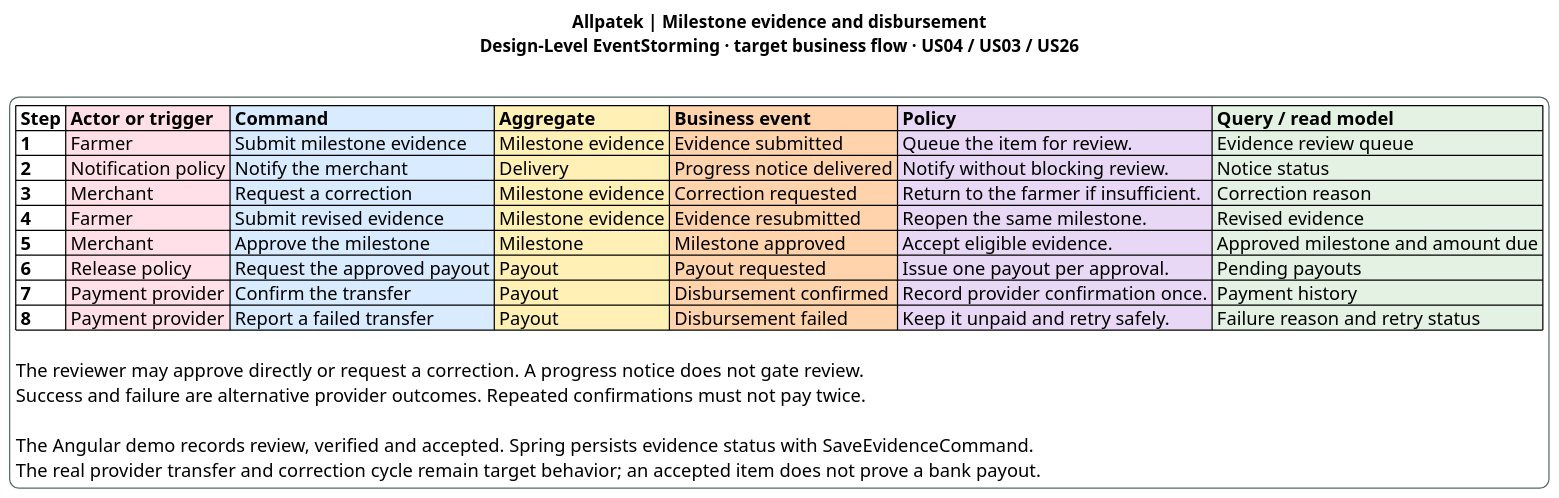
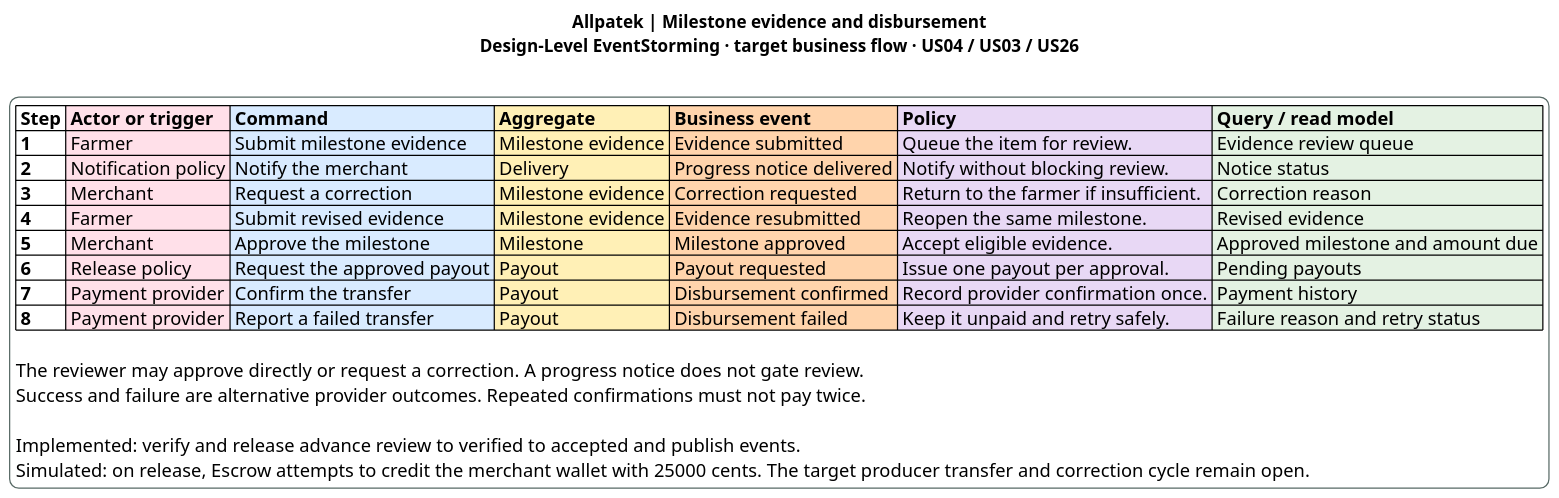
The diagram in assets/chapter-04/architecture/01b-milestone-payout.puml (upc-pre-202620-1asi0729-7753-Terranova/allpatek-report), drawn with PlantUML before and after one commit. The commit also changed 3 other files, not shown here.

Commit message:
docs(eventstorming): distinguish merchant credit from producer settlement

```diff
--- a/assets/chapter-04/architecture/01b-milestone-payout.puml
+++ b/assets/chapter-04/architecture/01b-milestone-payout.puml
@@ -1,28 +1,28 @@
 @startuml
 skinparam backgroundColor white
 skinparam shadowing false
 skinparam defaultFontName SansSerif
 skinparam defaultFontSize 15
 skinparam LegendBackgroundColor white
 skinparam LegendBorderColor #576965
 skinparam LegendFontSize 15
 skinparam dpi 126
 title Allpatek | Milestone evidence and disbursement\n<size:14>Design-Level EventStorming · target business flow · US04 / US03 / US26</size>
 legend center
 |= Step |<#FFE0E9> **Actor or trigger** |<#D9EBFF> **Command** |<#FFF0B6> **Aggregate** |<#FFD4AC> **Business event** |<#E8D8F5> **Policy** |<#E4F2E3> **Query / read model** |
 | **1** |<#FFE0E9> Farmer |<#D9EBFF> Submit milestone evidence |<#FFF0B6> Milestone evidence |<#FFD4AC> Evidence submitted |<#E8D8F5> Queue the item for review. |<#E4F2E3> Evidence review queue |
 | **2** |<#FFE0E9> Notification policy |<#D9EBFF> Notify the merchant |<#FFF0B6> Delivery |<#FFD4AC> Progress notice delivered |<#E8D8F5> Notify without blocking review. |<#E4F2E3> Notice status |
 | **3** |<#FFE0E9> Merchant |<#D9EBFF> Request a correction |<#FFF0B6> Milestone evidence |<#FFD4AC> Correction requested |<#E8D8F5> Return to the farmer if insufficient. |<#E4F2E3> Correction reason |
 | **4** |<#FFE0E9> Farmer |<#D9EBFF> Submit revised evidence |<#FFF0B6> Milestone evidence |<#FFD4AC> Evidence resubmitted |<#E8D8F5> Reopen the same milestone. |<#E4F2E3> Revised evidence |
 | **5** |<#FFE0E9> Merchant |<#D9EBFF> Approve the milestone |<#FFF0B6> Milestone |<#FFD4AC> Milestone approved |<#E8D8F5> Accept eligible evidence. |<#E4F2E3> Approved milestone and amount due |
 | **6** |<#FFE0E9> Release policy |<#D9EBFF> Request the approved payout |<#FFF0B6> Payout |<#FFD4AC> Payout requested |<#E8D8F5> Issue one payout per approval. |<#E4F2E3> Pending payouts |
 | **7** |<#FFE0E9> Payment provider |<#D9EBFF> Confirm the transfer |<#FFF0B6> Payout |<#FFD4AC> Disbursement confirmed |<#E8D8F5> Record provider confirmation once. |<#E4F2E3> Payment history |
 | **8** |<#FFE0E9> Payment provider |<#D9EBFF> Report a failed transfer |<#FFF0B6> Payout |<#FFD4AC> Disbursement failed |<#E8D8F5> Keep it unpaid and retry safely. |<#E4F2E3> Failure reason and retry status |
 
 The reviewer may approve directly or request a correction. A progress notice does not gate review.
 Success and failure are alternative provider outcomes. Repeated confirmations must not pay twice.
 
-The Angular demo records review, verified and accepted. Spring persists evidence status with SaveEvidenceCommand.
-The real provider transfer and correction cycle remain target behavior; an accepted item does not prove a bank payout.
+Implemented: verify and release advance review to verified to accepted and publish events.
+Simulated: on release, Escrow attempts to credit the merchant wallet with 25000 cents. The target producer transfer and correction cycle remain open.
 endlegend
 @enduml
```
